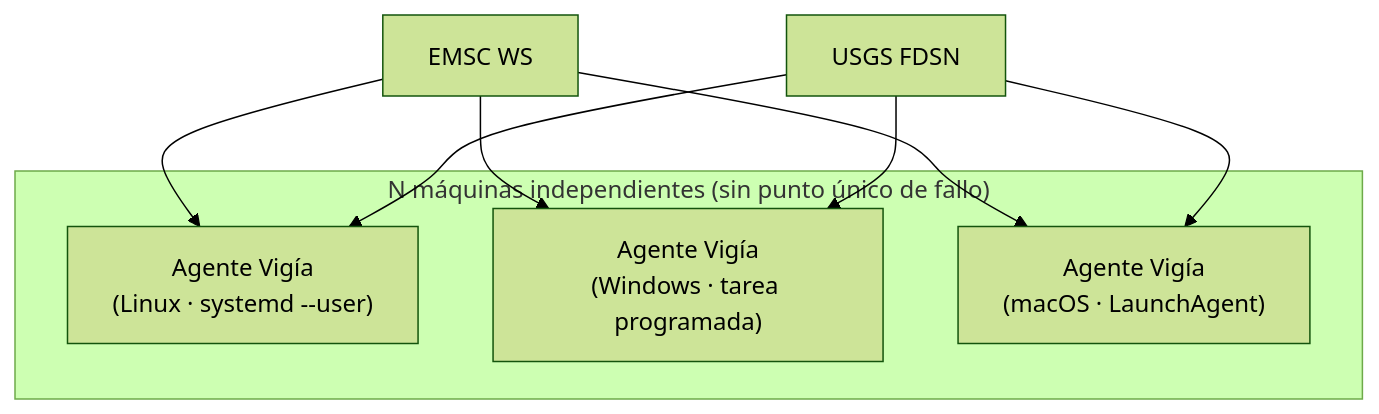
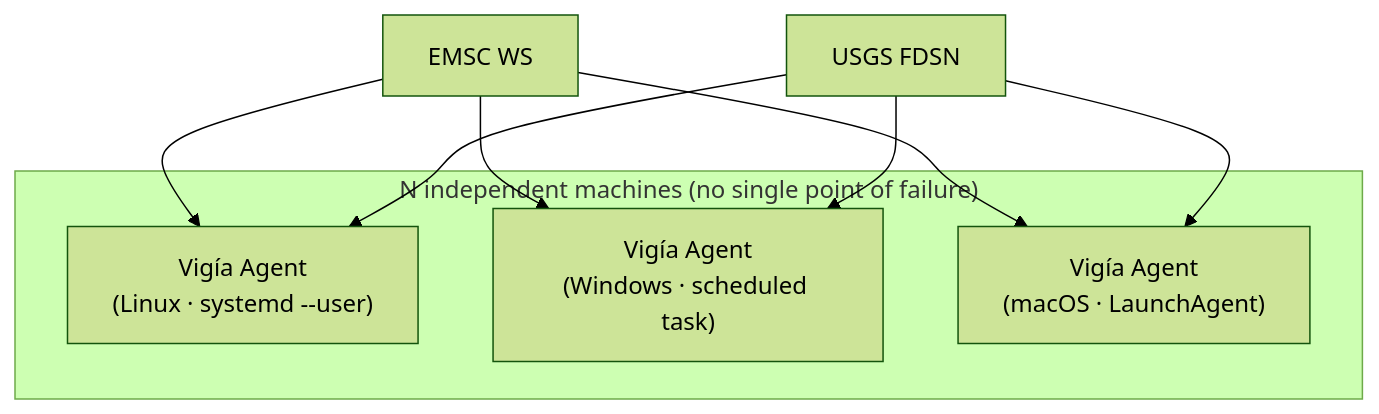
The fourth of 5 diagrams in ARCHITECTURE.md (ecrespo/vigia-eew), drawn with Mermaid (forest theme) before and after one commit. The commit also changed other lines of this file and 88 other files, not shown here.

````diff
--- a/ARCHITECTURE.md
+++ b/ARCHITECTURE.md
@@ -163,10 +163,10 @@
 ```mermaid
 flowchart TB
-    subgraph PCs["N máquinas independientes (sin punto único de fallo)"]
-        A["Agente Vigía<br/>(Linux · systemd --user)"]
-        B["Agente Vigía<br/>(Windows · tarea programada)"]
-        C["Agente Vigía<br/>(macOS · LaunchAgent)"]
+    subgraph PCs["N independent machines (no single point of failure)"]
+        A["Vigía Agent<br/>(Linux · systemd --user)"]
+        B["Vigía Agent<br/>(Windows · scheduled task)"]
+        C["Vigía Agent<br/>(macOS · LaunchAgent)"]
     end
     EMSC["EMSC WS"] --> A & B & C
     USGS["USGS FDSN"] --> A & B & C
 ```
````
